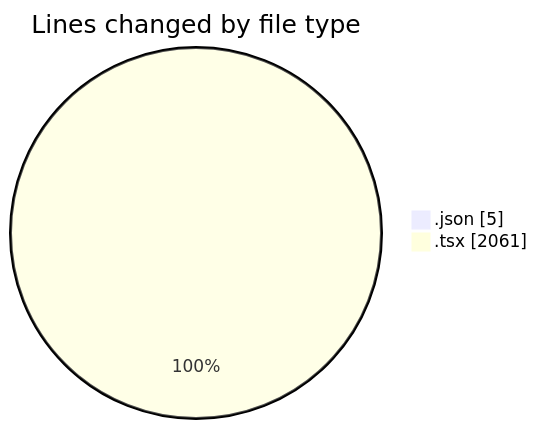
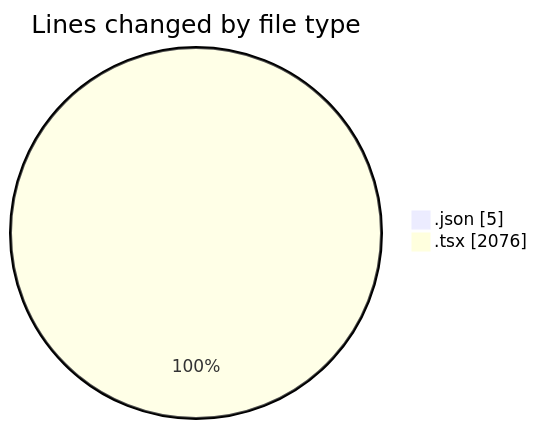
Before and after one commit to Elitesun/code-tracking: the first of 2 diagrams in 2025-05-29/advertise/README.md, drawn with Mermaid. The commit also changed other lines of this file and 1 other file, not shown here.

````diff
--- a/2025-05-29/advertise/README.md
+++ b/2025-05-29/advertise/README.md
@@ -26,6 +26,6 @@
 ```mermaid
 pie showData
 title Lines changed by file type
 ".json" : 5
-".tsx" : 2061
+".tsx" : 2076
 ```
````
